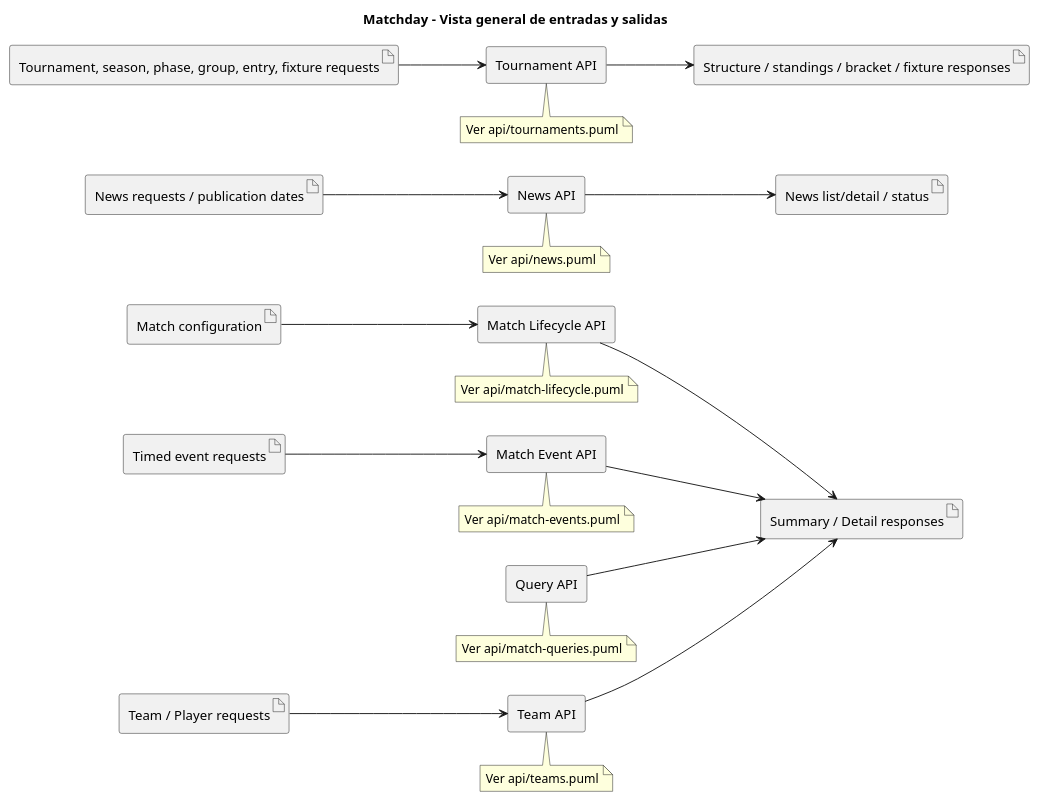
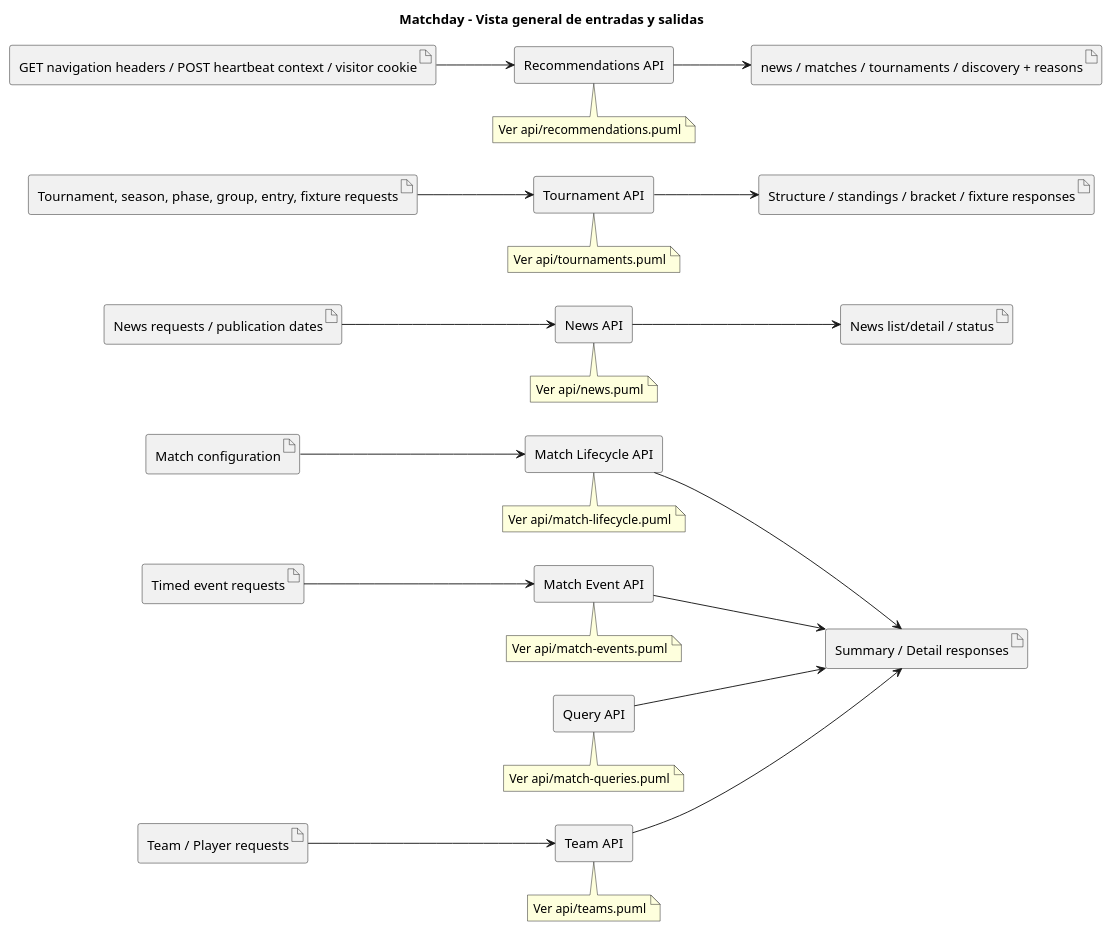
The diagram in docs/diagrams/inputs-outputs.puml (JaredDet/Match-Day), drawn with PlantUML before and after one commit. The commit also changed 76 other files, not shown here.

```diff
--- a/docs/diagrams/inputs-outputs.puml
+++ b/docs/diagrams/inputs-outputs.puml
@@ -1,55 +1,65 @@
 @startuml Matchday Inputs Outputs Overview
 title Matchday - Vista general de entradas y salidas
 
 left to right direction
 skinparam componentStyle rectangle
 
 component "Team API" as TeamApi
 component "Match Lifecycle API" as LifecycleApi
 component "Match Event API" as EventApi
 component "Query API" as QueryApi
 
 artifact "Team / Player requests" as TeamInput
 artifact "Match configuration" as MatchInput
 artifact "Timed event requests" as EventInput
 artifact "Summary / Detail responses" as Output
 
 TeamInput --> TeamApi
 MatchInput --> LifecycleApi
 EventInput --> EventApi
 TeamApi --> Output
 LifecycleApi --> Output
 EventApi --> Output
 QueryApi --> Output
 
 note bottom of TeamApi
   Ver api/teams.puml
 end note
 note bottom of LifecycleApi
   Ver api/match-lifecycle.puml
 end note
 note bottom of EventApi
   Ver api/match-events.puml
 end note
 note bottom of QueryApi
   Ver api/match-queries.puml
 end note
 
 component "News API" as NewsApi
 component "Tournament API" as TournamentApi
 artifact "News requests / publication dates" as NewsInput
 artifact "Tournament, season, phase, group, entry, fixture requests" as TournamentInput
 artifact "News list/detail / status" as NewsOutput
 artifact "Structure / standings / bracket / fixture responses" as TournamentOutput
 NewsInput --> NewsApi
 NewsApi --> NewsOutput
 TournamentInput --> TournamentApi
 TournamentApi --> TournamentOutput
 note bottom of NewsApi
   Ver api/news.puml
 end note
 note bottom of TournamentApi
   Ver api/tournaments.puml
 end note
 
+
+component "Recommendations API" as RecApi
+artifact "GET navigation headers / POST heartbeat context / visitor cookie" as RecInput
+artifact "news / matches / tournaments / discovery + reasons" as RecOutput
+RecInput --> RecApi
+RecApi --> RecOutput
+note bottom of RecApi
+  Ver api/recommendations.puml
+end note
+
 @enduml
```
